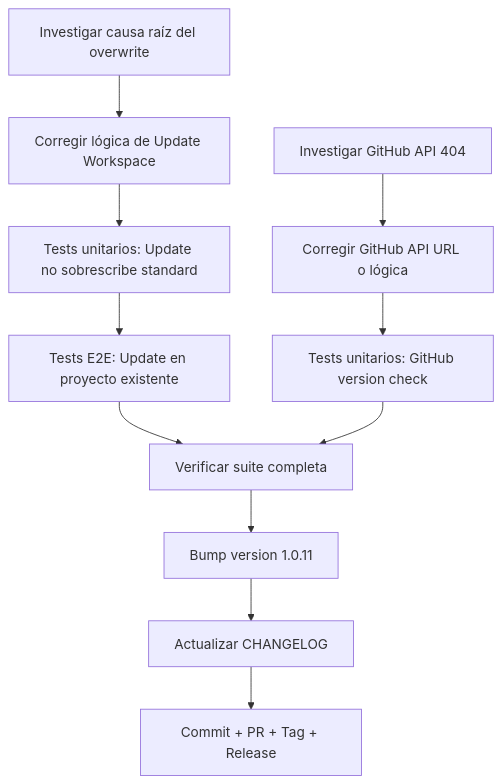
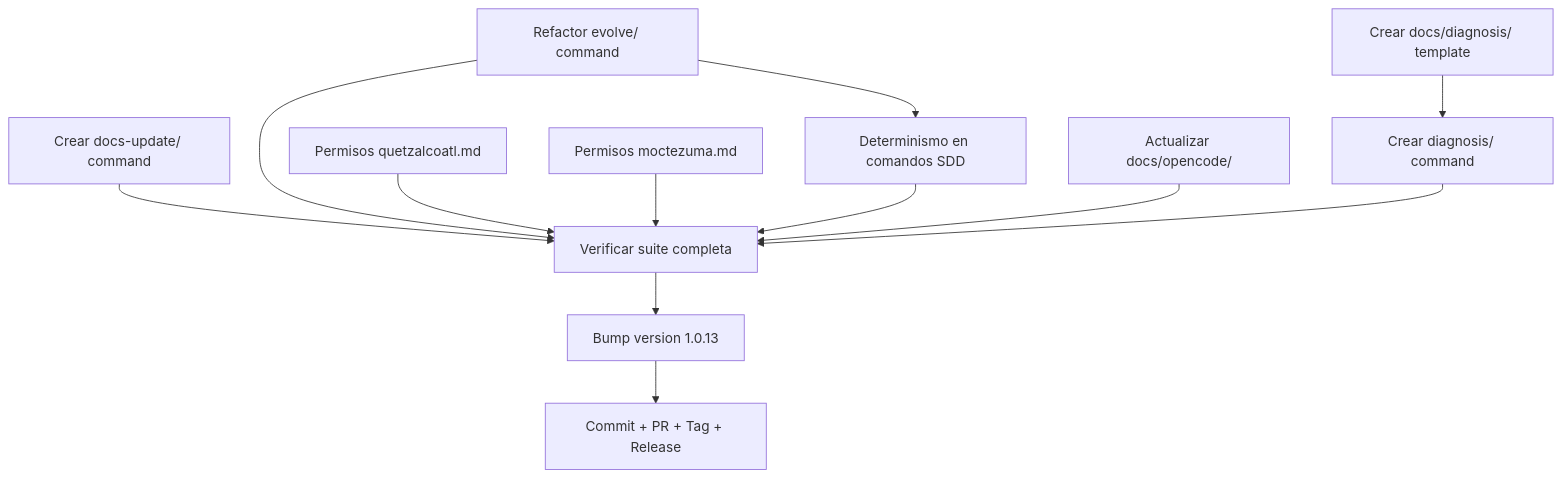
One commit to Fisherk2/codice-opencode changed the diagram in tasks/plan.md. Above: the diagram before and after it, drawn with Mermaid. The commit also changed other lines of this file and 27 other files, not shown here.

First line of the commit message:
feat(sdd): SDD Command Refactor + Governance (v1.0.13) (#20)

````diff
--- a/tasks/plan.md
+++ b/tasks/plan.md
@@ -36,16 +40,23 @@
 ```mermaid
 graph TD
-    FEV3-T1[Investigar causa raíz del overwrite] --> FEV3-T2[Corregir lógica de Update Workspace]
-    FEV3-T2 --> FEV3-T3[Tests unitarios: Update no sobrescribe standard]
-    FEV3-T3 --> FEV3-T4[Tests E2E: Update en proyecto existente]
-    
-    FEV3-T5[Investigar GitHub API 404] --> FEV3-T6[Corregir GitHub API URL o lógica]
-    FEV3-T6 --> FEV3-T7[Tests unitarios: GitHub version check]
-    
-    FEV3-T4 --> FEV3-T8[Verificar suite completa]
-    FEV3-T7 --> FEV3-T8
-    
-    FEV3-T8 --> FEV3-T9[Bump version 1.0.11]
-    FEV3-T9 --> FEV3-T10[Actualizar CHANGELOG]
-    FEV3-T10 --> FEV3-T11[Commit + PR + Tag + Release]
+    %% Phase 1: Foundation (no dependencies)
+    FEV4-T1[Refactor evolve/ command] --> FEV4-T7[Verificar suite completa]
+    FEV4-T2[Crear docs-update/ command] --> FEV4-T7
+    FEV4-T3[Crear diagnosis/ command] --> FEV4-T7
+    FEV4-T4[Crear docs/diagnosis/ template] --> FEV4-T3
+
+    %% Phase 2: Governance (parallel)
+    FEV4-T5[Permisos quetzalcoatl.md] --> FEV4-T7
+    FEV4-T6[Permisos moctezuma.md] --> FEV4-T7
+
+    %% Phase 3: Determinism (depends on Phase 1)
+    FEV4-T1 --> FEV4-T8[Determinismo en comandos SDD]
+    FEV4-T8 --> FEV4-T7
+
+    %% Phase 4: Documentation (parallel)
+    FEV4-T9[Actualizar docs/opencode/] --> FEV4-T7
+
+    %% Phase 5: Release
+    FEV4-T7 --> FEV4-T10[Bump version 1.0.13]
+    FEV4-T10 --> FEV4-T11[Commit + PR + Tag + Release]
 ```
````
